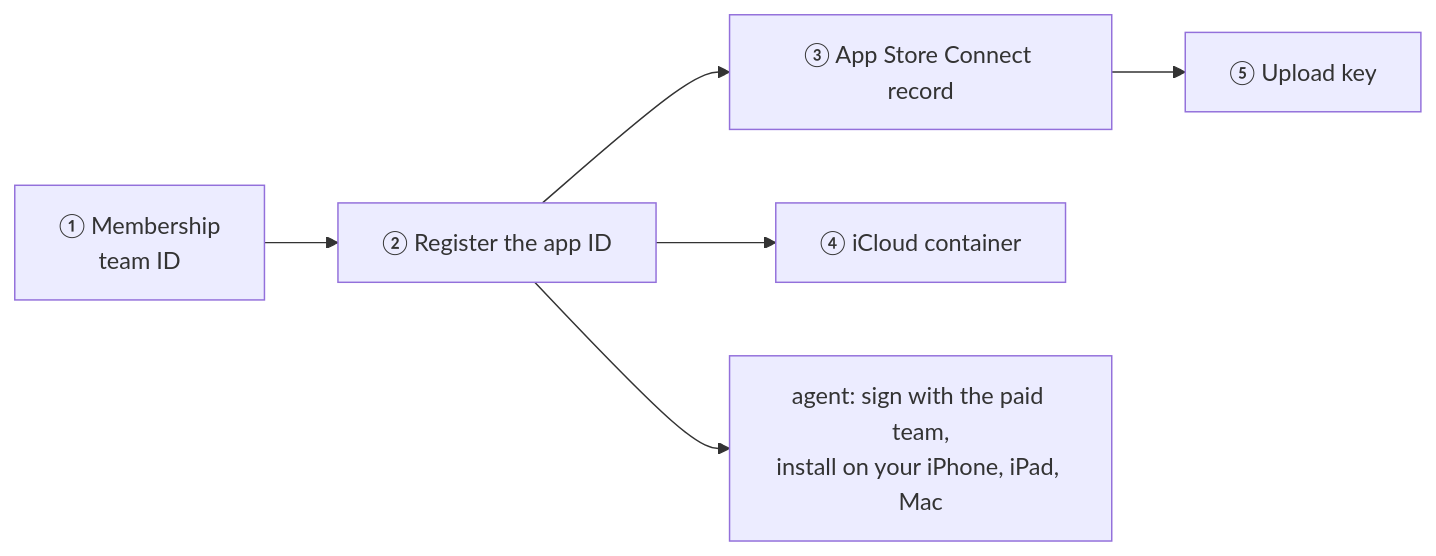
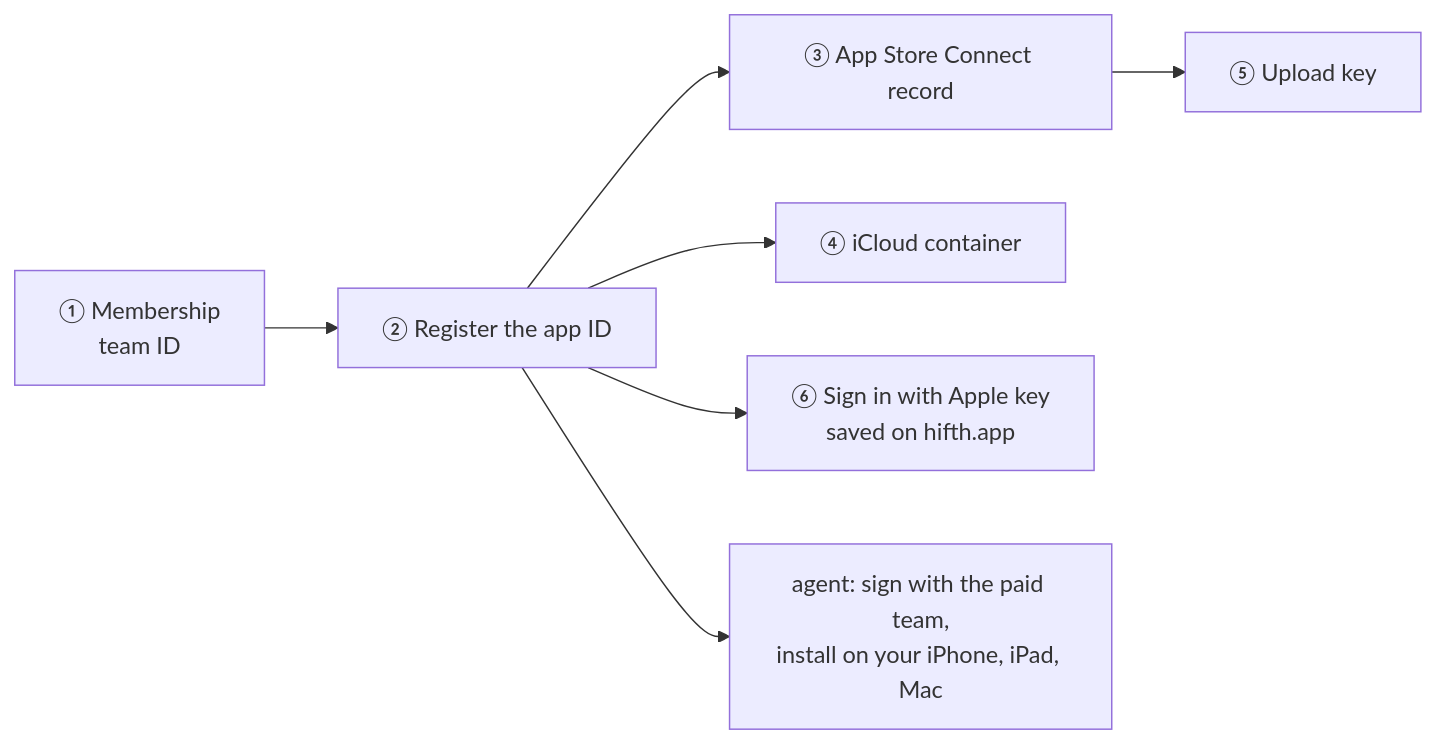
One commit to omars-lab/hifth changed the diagram in .claude/skills/app-setup/SKILL.md. Above: the diagram before and after it, drawn with Mermaid. The commit also changed other lines of this file and 5 other files, not shown here.

````diff
--- a/.claude/skills/app-setup/SKILL.md
+++ b/.claude/skills/app-setup/SKILL.md
@@ -34,8 +34,9 @@
 ```mermaid
 flowchart LR
   M[① Membership<br/>team ID] --> A[② Register the app ID]
   A --> R[③ App Store Connect record]
   A --> C[④ iCloud container]
   R --> K[⑤ Upload key]
+  A --> SK[⑥ Sign in with Apple key<br/>saved on hifth.app]
   A --> S[agent: sign with the paid team,<br/>install on your iPhone, iPad, Mac]
 ```
````
